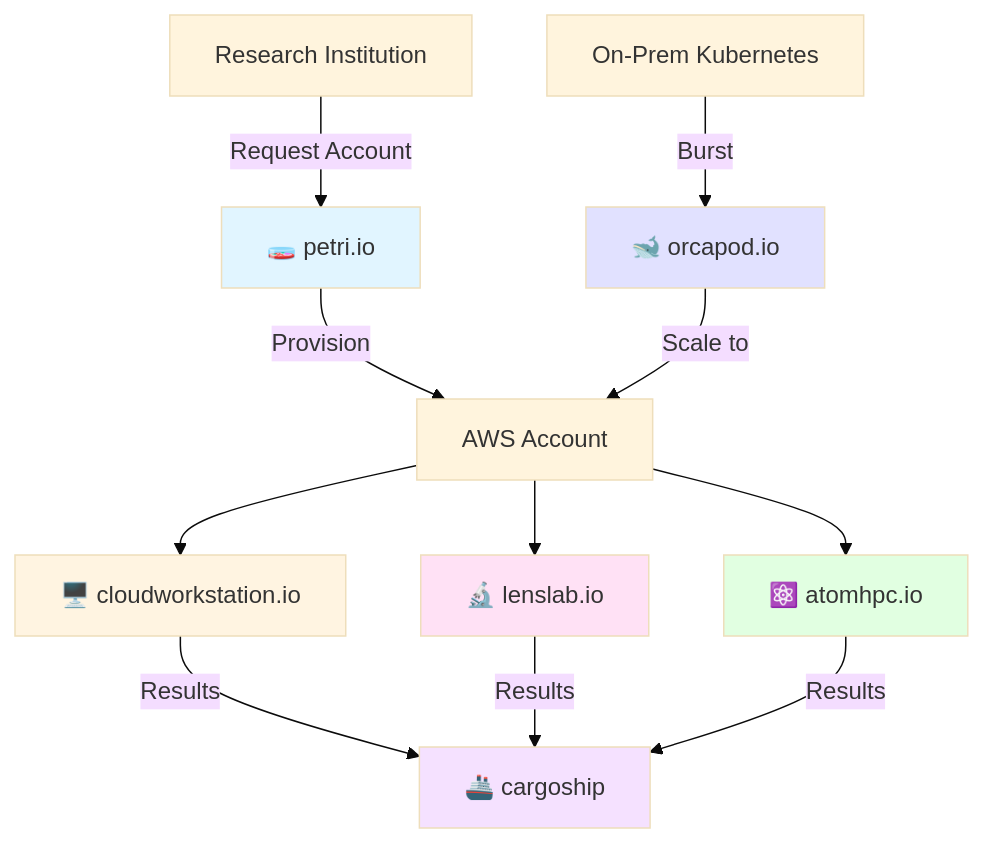
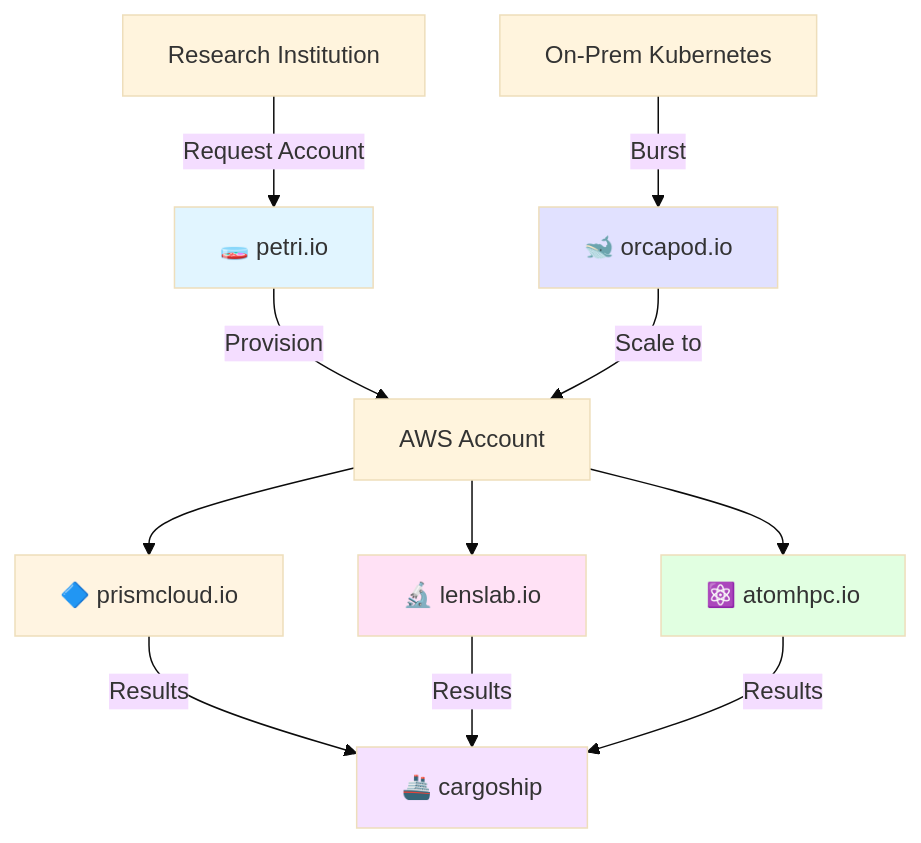
Before and after one commit to scttfrdmn/researchcomputing: the diagram in docs/index.md, drawn with Mermaid (base theme). The commit also changed other lines of this file and 8 other files, not shown here.

First line of the commit message:
Rebrand to prism: cloudworkstation → prism (prismcloud.io)

````diff
--- a/docs/index.md
+++ b/docs/index.md
@@ -11,23 +11,23 @@
 ```mermaid
 graph TB
     University[Research Institution] -->|Request Account| Petri[🧫 petri.io]
     Petri -->|Provision| AWS[AWS Account]
 
-    AWS --> CW[🖥️ cloudworkstation.io]
+    AWS --> Prism[🔷 prismcloud.io]
     AWS --> Lens[🔬 lenslab.io]
     AWS --> ATOM[⚛️ atomhpc.io]
 
-    CW -->|Results| Cargo[🚢 cargoship]
+    Prism -->|Results| Cargo[🚢 cargoship]
     Lens -->|Results| Cargo
     ATOM -->|Results| Cargo
 
     K8s[On-Prem Kubernetes] -->|Burst| ORCA[🐋 orcapod.io]
     ORCA -->|Scale to| AWS
 
     style Petri fill:#e1f5ff
-    style CW fill:#fff4e1
+    style Prism fill:#fff4e1
     style Lens fill:#ffe1f5
     style ATOM fill:#e1ffe1
     style Cargo fill:#f5e1ff
     style ORCA fill:#e1e1ff
 ```
````
